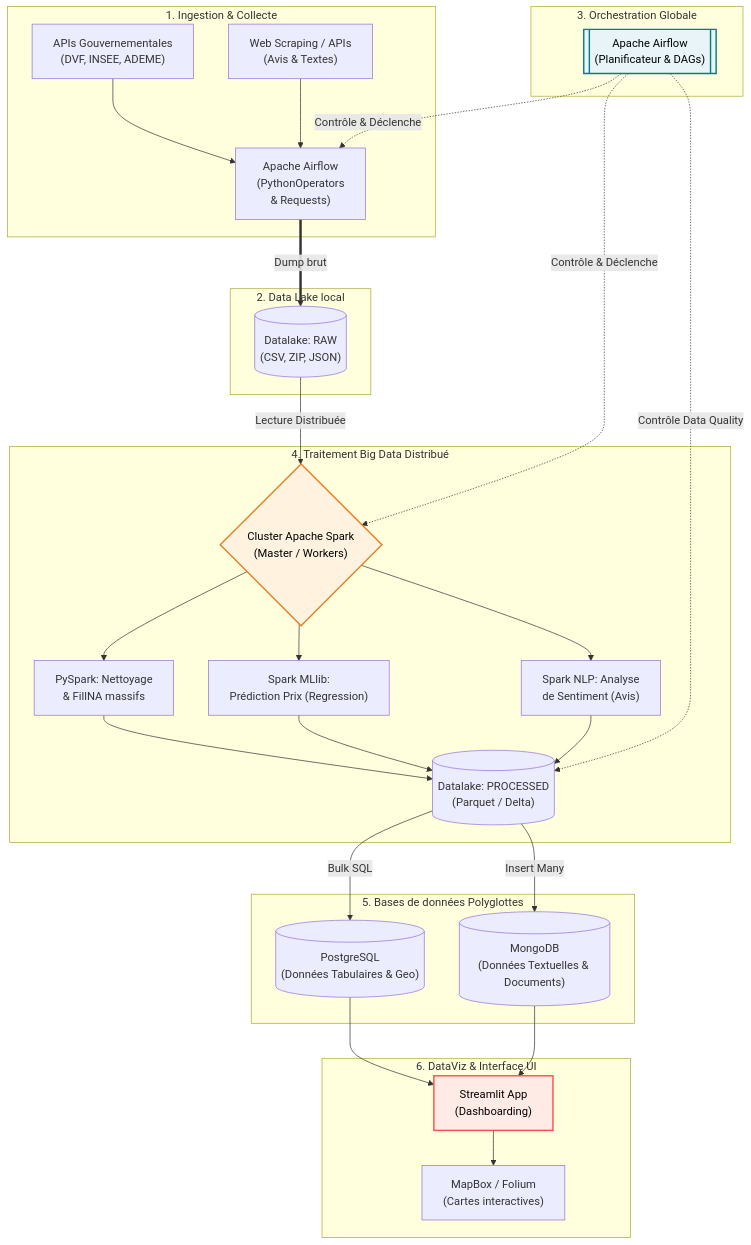
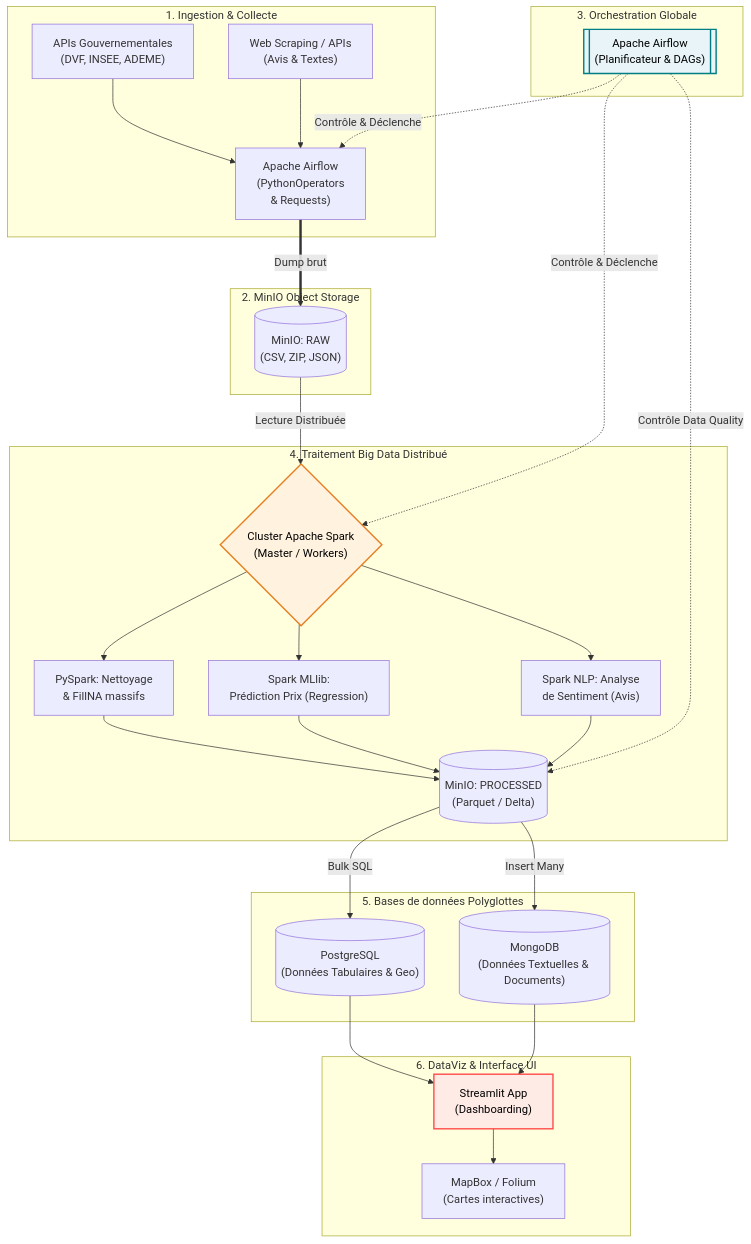
One commit to Honkpehedji-Stanley/Casapedia changed the first of 3 diagrams in CASAPEDIA_DOC.md. Above: the diagram before and after it, drawn with Mermaid. The commit also changed other lines of this file and 17 other files, not shown here.

Commit message:
Align Big Data stack with MinIO

````diff
--- a/CASAPEDIA_DOC.md
+++ b/CASAPEDIA_DOC.md
@@ -20,59 +20,59 @@
 ```mermaid
 flowchart TD
     subgraph S1[1. Ingestion & Collecte]
         A["Apache Airflow \n(PythonOperators \n& Requests)"]
         B["APIs Gouvernementales \n(DVF, INSEE, ADEME)"]
         C["Web Scraping / APIs\n(Avis & Textes)"]
         B --> A
         C --> A
     end
 
-    subgraph S2[2. Data Lake local]
-        DL_RAW[("Datalake: RAW\n(CSV, ZIP, JSON)")]
+    subgraph S2[2. MinIO Object Storage]
+        DL_RAW[("MinIO: RAW\n(CSV, ZIP, JSON)")]
         A == "Dump brut" ==> DL_RAW
     end
 
     subgraph S3[3. Orchestration Globale]
         AF[["Apache Airflow\n(Planificateur & DAGs)"]]
     end
 
     subgraph S4[4. Traitement Big Data Distribué]
         SP_M{"Cluster Apache Spark\n(Master / Workers)"}
         P1["PySpark: Nettoyage\n& FillNA massifs"]
         P2["Spark MLlib: \nPrédiction Prix (Regression)"]
         P3["Spark NLP: Analyse\nde Sentiment (Avis)"]
-        DL_PRO[("Datalake: PROCESSED\n(Parquet / Delta)")]
+        DL_PRO[("MinIO: PROCESSED\n(Parquet / Delta)")]
         
         DL_RAW -->|Lecture Distribuée| SP_M
         SP_M --> P1
         SP_M --> P2
         SP_M --> P3
         P1 --> DL_PRO
         P2 --> DL_PRO
         P3 --> DL_PRO
     end
 
     subgraph S5[5. Bases de données Polyglottes]
         PG[("PostgreSQL\n(Données Tabulaires & Geo)")]
         MG[("MongoDB\n(Données Textuelles & Documents)")]
         DL_PRO -->|Bulk SQL| PG
         DL_PRO -->|Insert Many| MG
     end
 
     subgraph S6[6. DataViz & Interface UI]
         ST["Streamlit App\n(Dashboarding)"]
         MB["MapBox / Folium\n(Cartes interactives)"]
         PG --> ST
         MG --> ST
         ST --> MB
     end
 
     %% Les liens de contrôle d'Airflow (en pointillés rouges)
     AF -. "Contrôle & Déclenche" .-> A
     AF -. "Contrôle & Déclenche" .-> SP_M
     AF -. "Contrôle Data Quality" .-> DL_PRO
     
     style AF fill:#e8f4f8,stroke:#017e84,stroke-width:2px,color:#000
     style SP_M fill:#fff3e0,stroke:#e67e22,stroke-width:2px,color:#000
     style ST fill:#ffebe6,stroke:#ff4b4b,stroke-width:2px,color:#000
 ```
````
